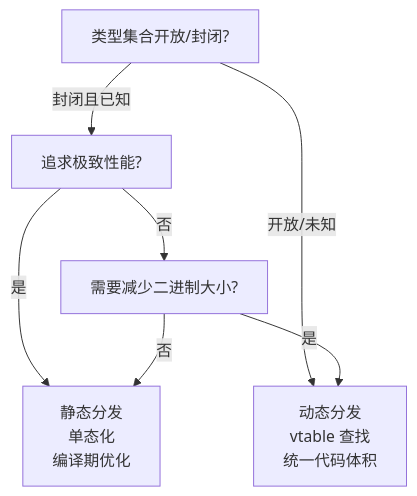
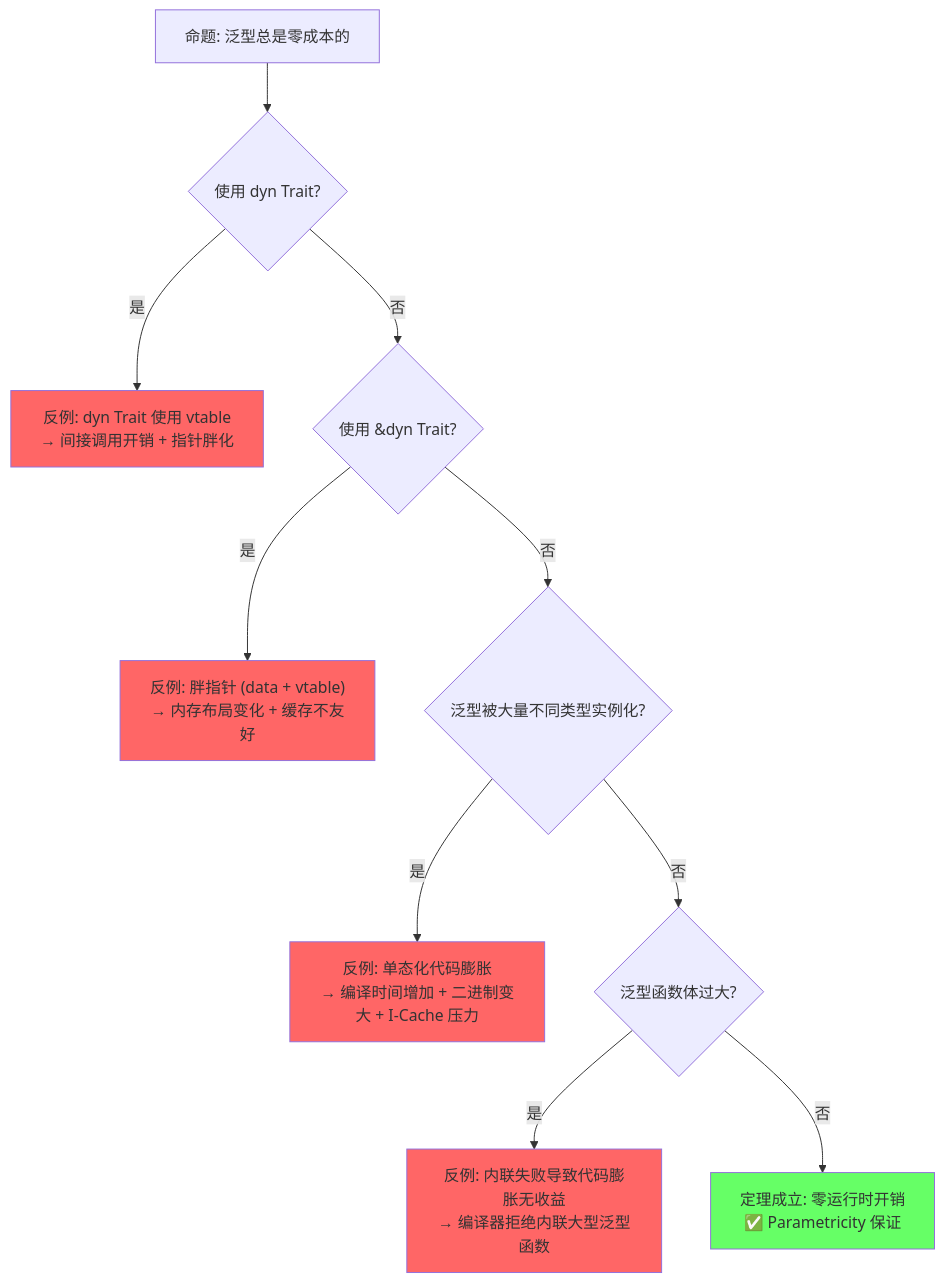
The second of 4 diagrams in concept/02_intermediate/02_generics.md (martin-ly/rust-lang), drawn with Mermaid before and after one commit. The commit also changed other lines of this file and 12 other files, not shown here.

````diff
--- a/concept/02_intermediate/02_generics.md
+++ b/concept/02_intermediate/02_generics.md
@@ -162,12 +343,18 @@
 ```mermaid
 graph TD
-    Q1[类型集合开放/封闭?] -->|封闭且已知| Q2[追求极致性能?]
-    Q1 -->|开放/未知| A1[Trait Object dyn Trait]
-    Q2 -->|是| A2[泛型 &lt;T: Trait&gt;]
-    Q2 -->|否| Q3[需要减少二进制大小?]
-    Q3 -->|是| A1
-    Q3 -->|否| A2
+    P["命题: 泛型总是零成本的"] --> Q1{"使用 dyn Trait?"}
+    Q1 -->|是| F1["反例: dyn Trait 使用 vtable<br/>→ 间接调用开销 + 指针胖化"]
+    Q1 -->|否| Q2{"使用 &dyn Trait?"}
+    Q2 -->|是| F2["反例: 胖指针 (data + vtable)<br/>→ 内存布局变化 + 缓存不友好"]
+    Q2 -->|否| Q3{"泛型被大量不同类型实例化?"}
+    Q3 -->|是| F3["反例: 单态化代码膨胀<br/>→ 编译时间增加 + 二进制变大 + I-Cache 压力"]
+    Q3 -->|否| Q4{"泛型函数体过大?"}
+    Q4 -->|是| F4["反例: 内联失败导致代码膨胀无收益<br/>→ 编译器拒绝内联大型泛型函数"]
+    Q4 -->|否| T1["定理成立: 零运行时开销<br/>✅ Parametricity 保证"]
 
-    A1[动态分发<br/>vtable 查找<br/>统一代码体积]
-    A2[静态分发<br/>单态化<br/>编译期优化]
+    style F1 fill:#f66
+    style F2 fill:#f66
+    style F3 fill:#f66
+    style F4 fill:#f66
+    style T1 fill:#6f6
 ```
````
